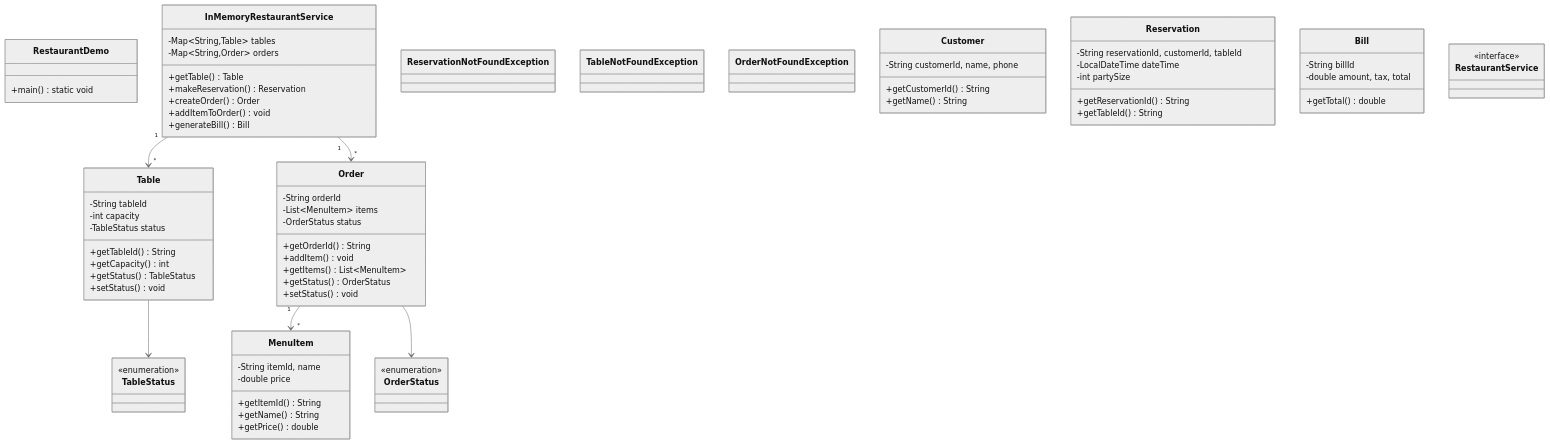
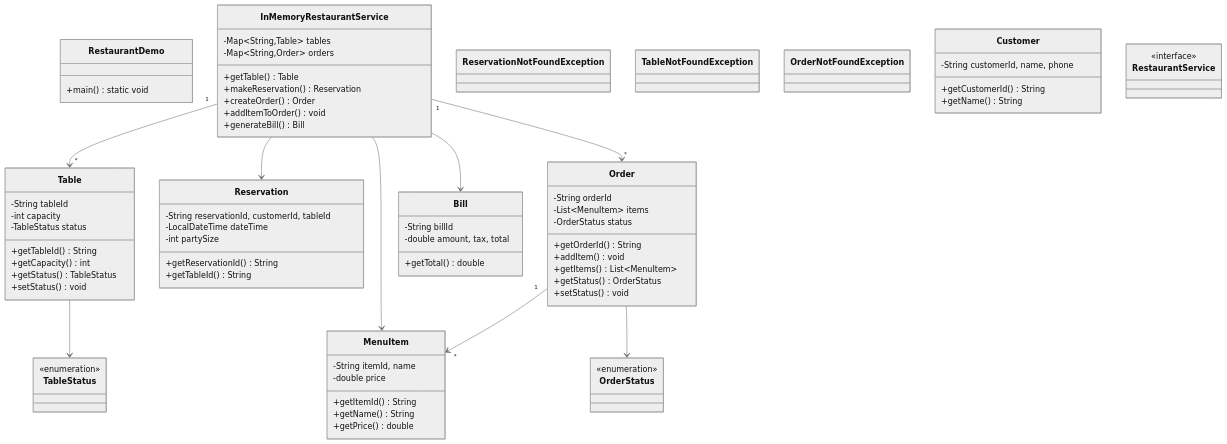
The diagram in docs/problems/restaurant/README.md (dlkr18/lld-playbook), drawn with Mermaid (neutral theme) before and after one commit. The commit also changed 113 other files, not shown here.

````diff
--- a/docs/problems/restaurant/README.md
+++ b/docs/problems/restaurant/README.md
@@ -154,9 +154,12 @@
     class RestaurantService
     <<interface>> RestaurantService
 
+    Table --> TableStatus
     InMemoryRestaurantService "1" --> "*" Table
     InMemoryRestaurantService "1" --> "*" Order
+    InMemoryRestaurantService --> Reservation
+    InMemoryRestaurantService --> MenuItem
+    InMemoryRestaurantService --> Bill
     Order "1" --> "*" MenuItem
     Order --> OrderStatus
-    Table --> TableStatus
 ```
````
